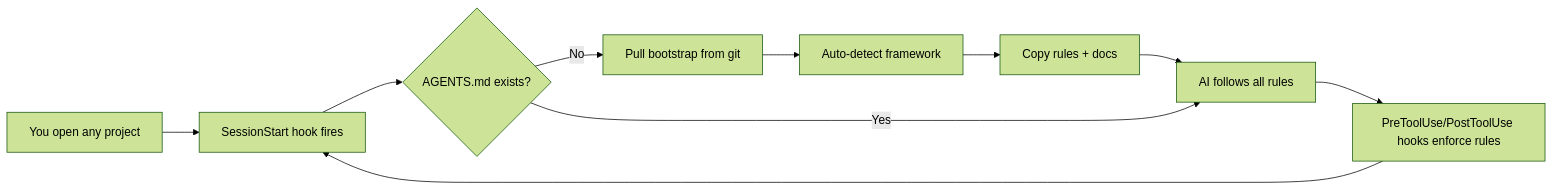
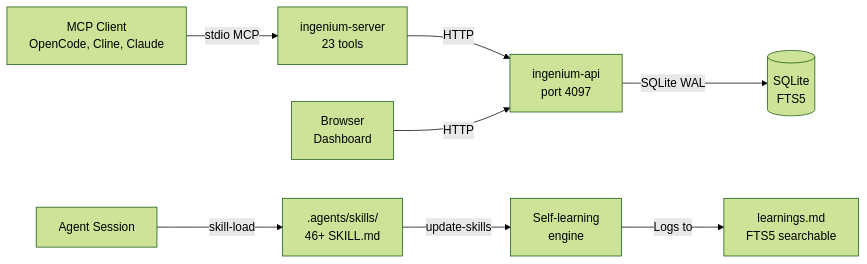
One commit to jtmb/ingenium changed the diagram in README.md. Above: the diagram before and after it, drawn with Mermaid (forest theme). The commit also changed other lines of this file and 18 other files, not shown here.

First line of the commit message:
feat: complete identity transition from bootstrap repo to standalone MCP Server

````diff
--- a/README.md
+++ b/README.md
@@ -28,12 +89,11 @@
 ```mermaid
 graph LR
-    A[You open any project] --> B[SessionStart hook fires]
-    B --> C{AGENTS.md exists?}
-    C -->|No| D[Pull bootstrap from git]
-    D --> E[Auto-detect framework]
-    E --> F[Copy rules + docs]
-    F --> G[AI follows all rules]
-    C -->|Yes| G
-    G --> H[PreToolUse/PostToolUse hooks enforce rules]
-    H --> B
+    A[MCP Client<br/>OpenCode, Cline, Claude] -->|stdio MCP| B[ingenium-server<br/>23 tools]
+    B -->|HTTP| C[ingenium-api<br/>port 4097]
+    D[Browser<br/>Dashboard] -->|HTTP| C
+    C -->|SQLite WAL| E[(SQLite<br/>FTS5)]
+    
+    F[Agent Session] -->|skill-load| G[.agents/skills/<br/>46+ SKILL.md]
+    G -->|update-skills| H[Self-learning<br/>engine]
+    H -->|Logs to| I[learnings.md<br/>FTS5 searchable]
 ```
````
